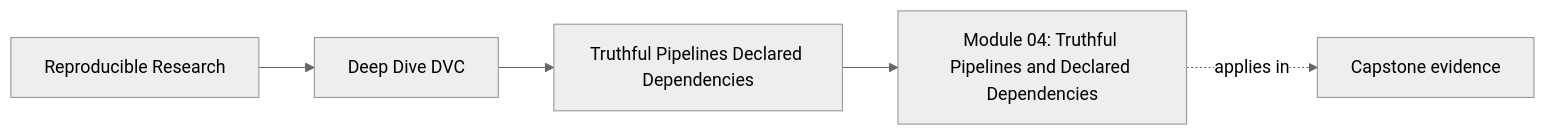
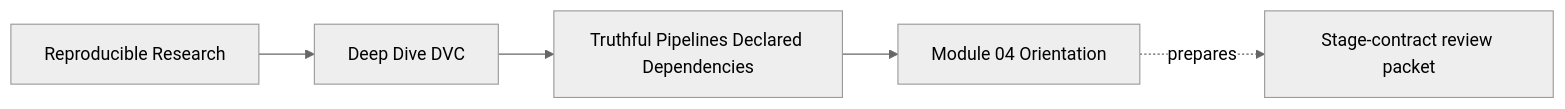
Before and after one commit to bijux/bijux-masterclass: the first of 3 diagrams in programs/reproducible-research/deep-dive-dvc/course-book/module-04-truthful-pipelines-declared-dependencies/index.md, drawn with Mermaid (neutral theme). The commit also changed other lines of this file, not shown here.

Commit message:
docs(dvc): orient independent stage contract study

````diff
--- a/programs/reproducible-research/deep-dive-dvc/course-book/module-04-truthful-pipelines-declared-dependencies/index.md
+++ b/programs/reproducible-research/deep-dive-dvc/course-book/module-04-truthful-pipelines-declared-dependencies/index.md
@@ -7,11 +6,11 @@
 ```mermaid
 graph LR
   family["Reproducible Research"]
   program["Deep Dive DVC"]
   section["Truthful Pipelines Declared Dependencies"]
-  page["Module 04: Truthful Pipelines and Declared Dependencies"]
-  capstone["Capstone evidence"]
+  page["Module 04 Orientation"]
+  proof["Stage-contract review packet"]
 
   family --> program --> section --> page
-  page -.applies in.-> capstone
+  page -.prepares.-> proof
 ```
````
